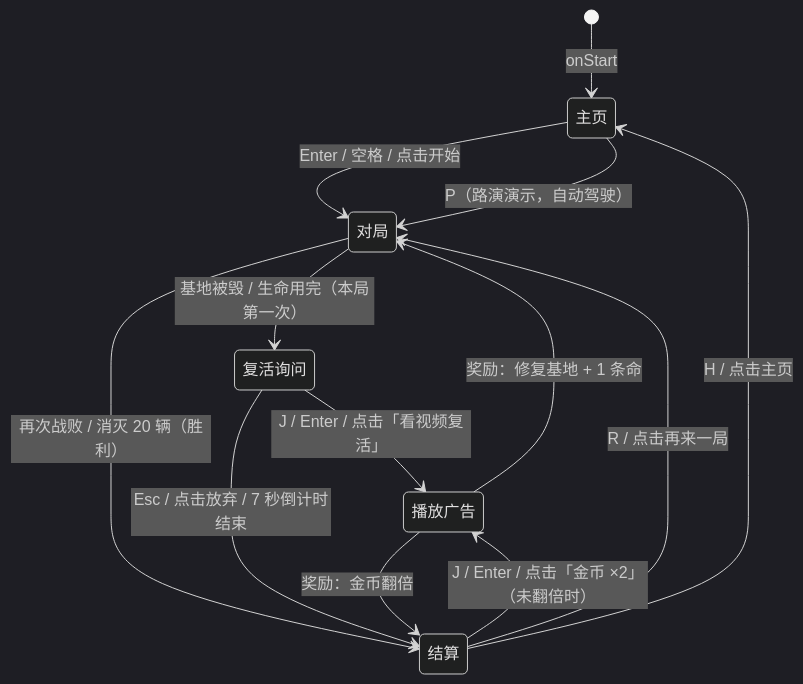
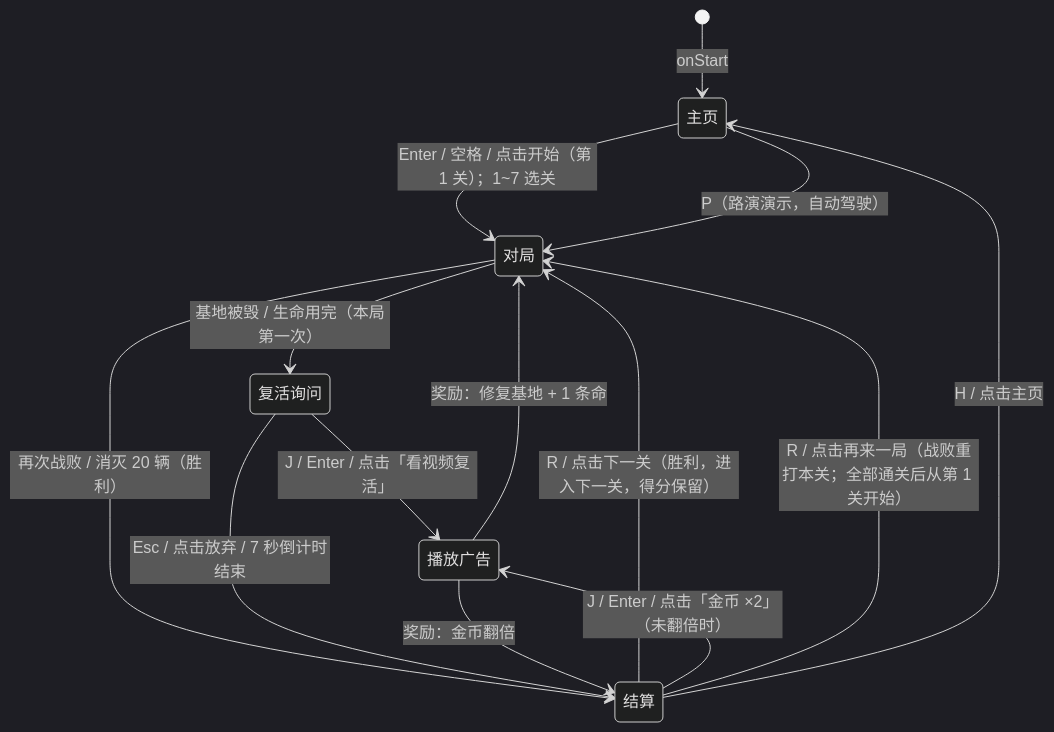
The second of 2 diagrams in docs/ARCHITECTURE.md (Qiniu-ERE/zero), drawn with Mermaid (dark theme) before and after one commit. The commit also changed other lines of this file and 12 other files, not shown here.

Commit message:
docs: 7-stage screenshots, README and architecture updates; rebuild .xbp

````diff
--- a/docs/ARCHITECTURE.md
+++ b/docs/ARCHITECTURE.md
@@ -131,15 +132,16 @@
 ```mermaid
 stateDiagram-v2
   [*] --> 主页: onStart
-  主页 --> 对局: Enter / 空格 / 点击开始
+  主页 --> 对局: Enter / 空格 / 点击开始（第 1 关）；1~7 选关
   主页 --> 对局: P（路演演示，自动驾驶）
   对局 --> 复活询问: 基地被毁 / 生命用完（本局第一次）
   对局 --> 结算: 再次战败 / 消灭 20 辆（胜利）
+  结算 --> 对局: R / 点击下一关（胜利，进入下一关，得分保留）
   复活询问 --> 播放广告: J / Enter / 点击「看视频复活」
   复活询问 --> 结算: Esc / 点击放弃 / 7 秒倒计时结束
   播放广告 --> 对局: 奖励：修复基地 + 1 条命
   结算 --> 播放广告: J / Enter / 点击「金币 ×2」（未翻倍时）
   播放广告 --> 结算: 奖励：金币翻倍
-  结算 --> 对局: R / 点击再来一局
+  结算 --> 对局: R / 点击再来一局（战败重打本关；全部通关后从第 1 关开始）
   结算 --> 主页: H / 点击主页
 ```
````
